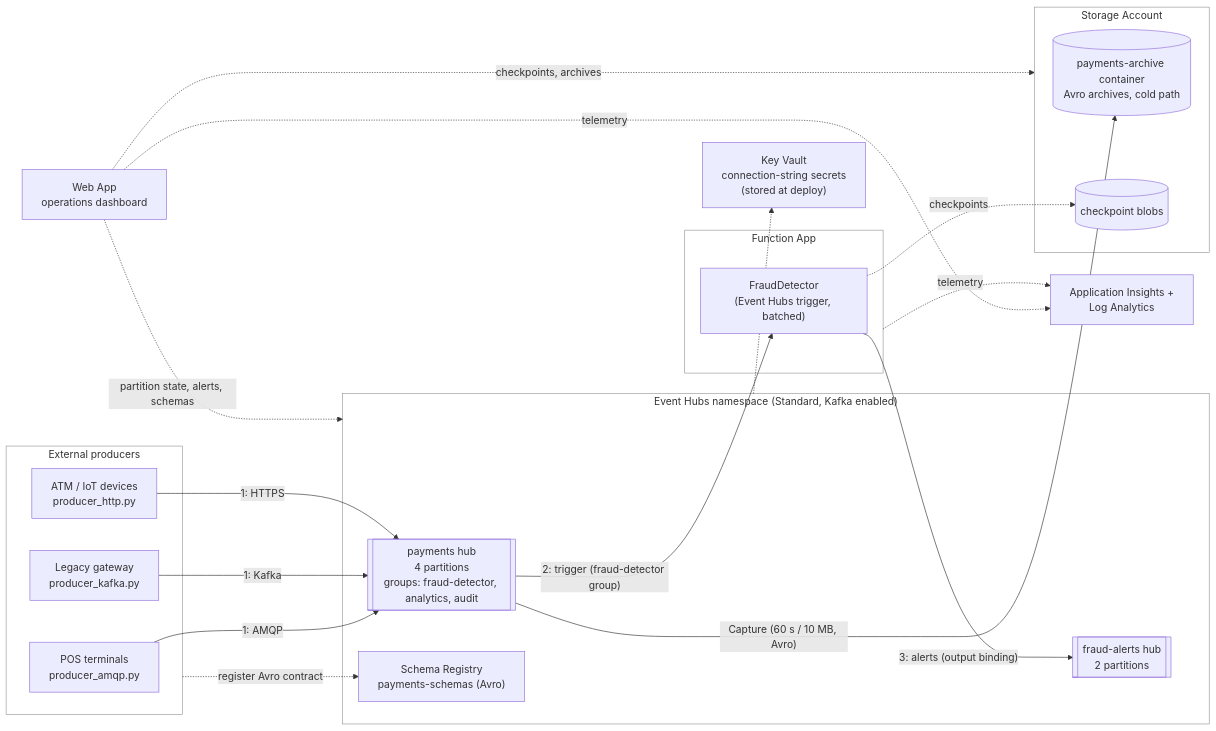
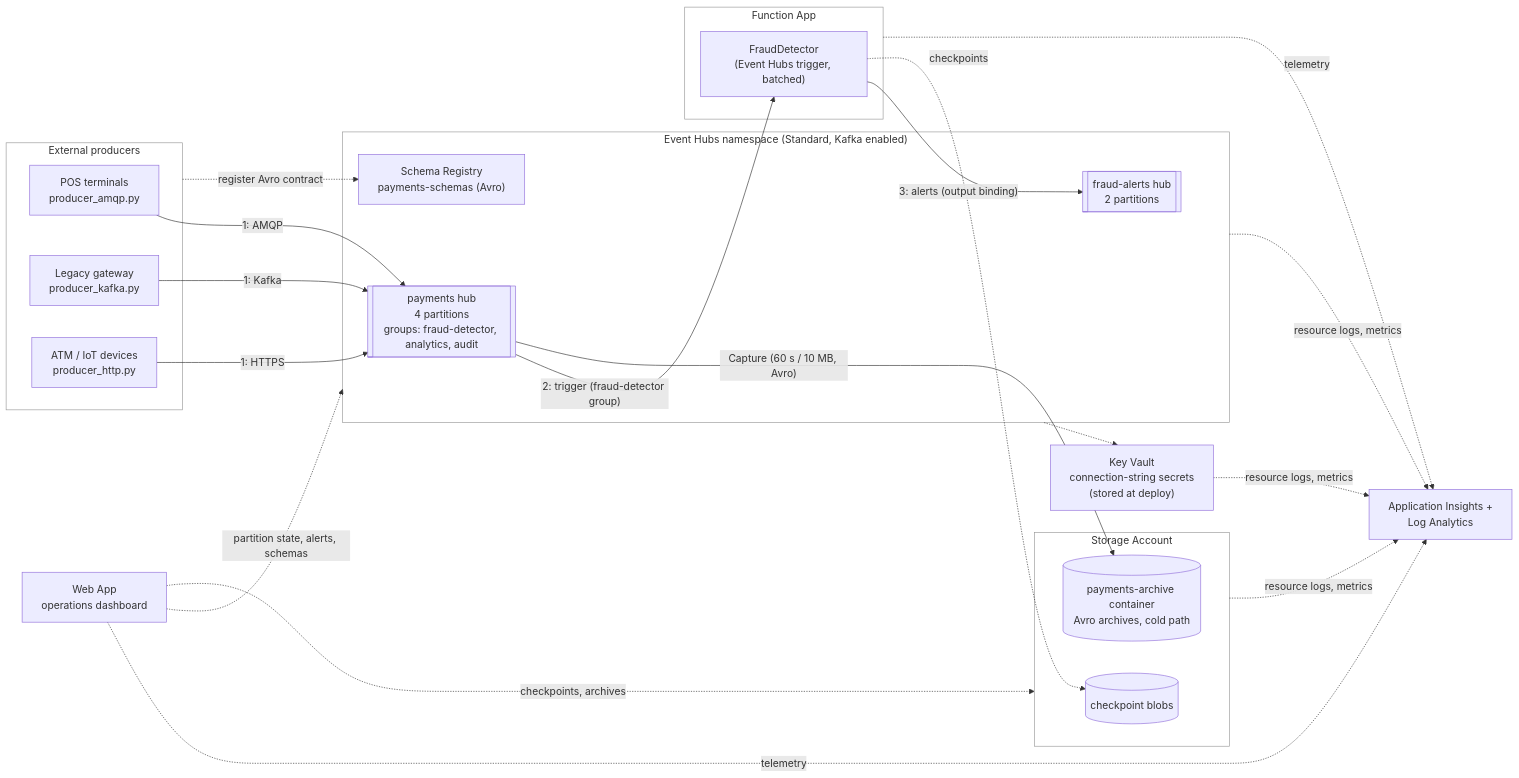
One commit to localstack/localstack-azure-samples changed the diagram in samples/eventhubs/python/README.md. Above: the diagram before and after it, drawn with Mermaid. The commit also changed other lines of this file and 1032 other files, not shown here.

````diff
--- a/samples/eventhubs/python/README.md
+++ b/samples/eventhubs/python/README.md
@@ -15,48 +15,49 @@
 ```mermaid
 flowchart LR
     subgraph producers["External producers"]
         pos["POS terminals<br/>producer_amqp.py"]
         gateway["Legacy gateway<br/>producer_kafka.py"]
         atm["ATM / IoT devices<br/>producer_http.py"]
     end
 
     subgraph ehns["Event Hubs namespace (Standard, Kafka enabled)"]
         payments[["payments hub<br/>4 partitions<br/>groups: fraud-detector, analytics, audit"]]
         alerts[["fraud-alerts hub<br/>2 partitions"]]
         registry["Schema Registry<br/>payments-schemas (Avro)"]
     end
 
     subgraph funcapp["Function App"]
         detector["FraudDetector<br/>(Event Hubs trigger, batched)"]
     end
 
     subgraph storage["Storage Account"]
         archive[("payments-archive container<br/>Avro archives, cold path")]
         checkpoints[("checkpoint blobs")]
     end
 
     kv["Key Vault<br/>connection-string secrets<br/>(stored at deploy)"]
     dashboard["Web App<br/>operations dashboard"]
     monitor["Application Insights +<br/>Log Analytics"]
 
     pos -->|"1: AMQP"| payments
     gateway -->|"1: Kafka"| payments
     atm -->|"1: HTTPS"| payments
     producers -.->|"register Avro contract"| registry
 
     payments -->|"2: trigger (fraud-detector group)"| detector
     detector -->|"3: alerts (output binding)"| alerts
     detector -.->|"checkpoints"| checkpoints
     payments -->|"Capture (60 s / 10 MB, Avro)"| archive
 
     dashboard -.->|"partition state, alerts, schemas"| ehns
     dashboard -.->|"checkpoints, archives"| storage
     ehns -.-> kv
     funcapp -.->|"telemetry"| monitor
     dashboard -.->|"telemetry"| monitor
+    ehns & storage & kv -.->|"resource logs, metrics"| monitor
 
     style producers fill:#ffffff,stroke:#999999,color:#333333
     style ehns fill:#ffffff,stroke:#999999,color:#333333
     style funcapp fill:#ffffff,stroke:#999999,color:#333333
     style storage fill:#ffffff,stroke:#999999,color:#333333
 ```
````
